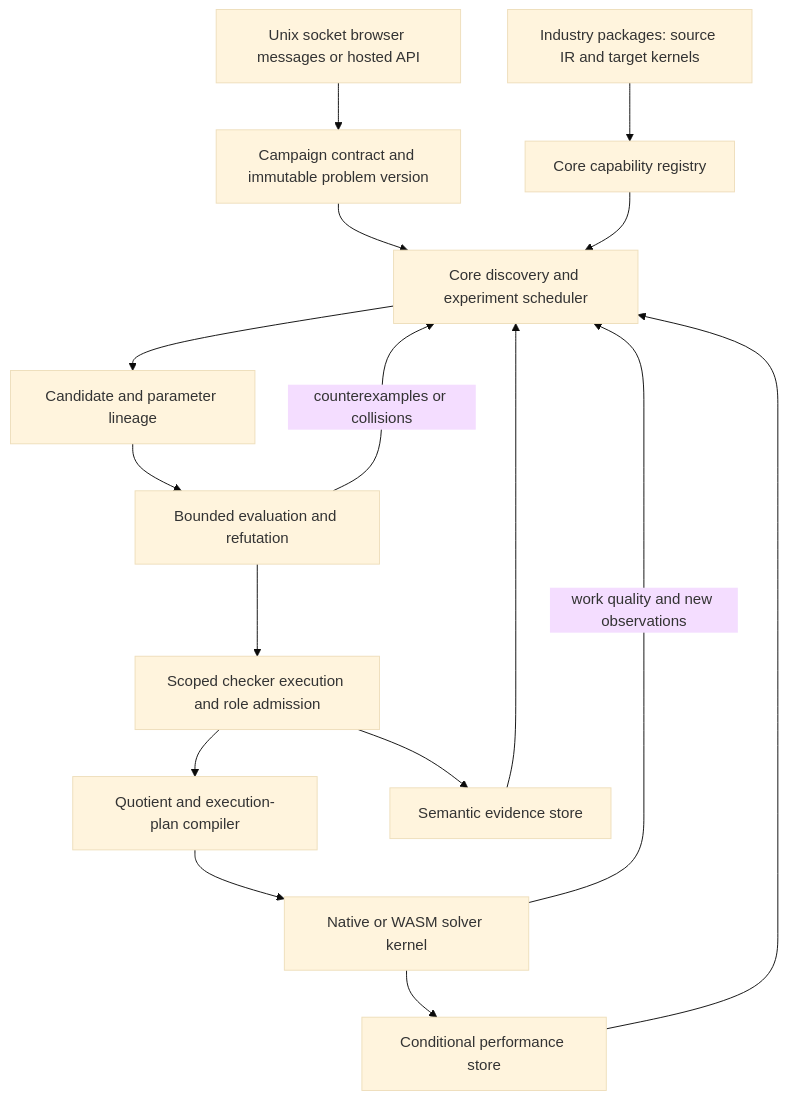
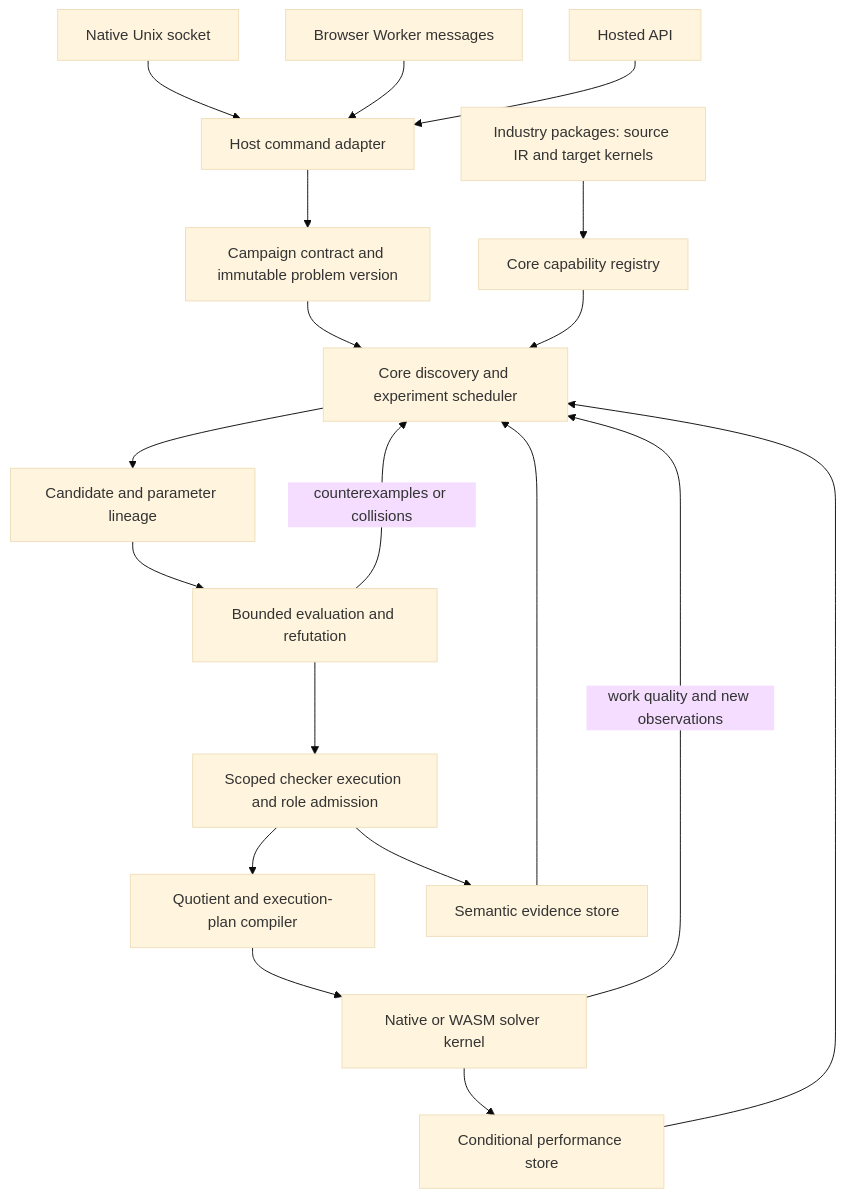
One commit to tavisrudd/othello changed the diagram in notes/2026-09-06-c1079-ergodis-evolve-review.md. Above: the diagram before and after it, drawn with Mermaid (base theme). The commit also changed other lines of this file and 5 other files, not shown here.

Commit message:
Complete C1079 Ergodis consolidation architecture and delivery review

````diff
--- a/notes/2026-09-06-c1079-ergodis-evolve-review.md
+++ b/notes/2026-09-06-c1079-ergodis-evolve-review.md
@@ -114,18 +118,21 @@
 ```mermaid
 flowchart TD
   P[Industry packages: source IR and target kernels] --> R[Core capability registry]
   C[Campaign contract and immutable problem version] --> D[Core discovery and experiment scheduler]
   R --> D
   D --> F[Candidate and parameter lineage]
   F --> E[Bounded evaluation and refutation]
   E -->|counterexamples or collisions| D
   E --> A[Scoped checker execution and role admission]
   A --> Q[Quotient and execution-plan compiler]
   Q --> S[Native or WASM solver kernel]
   S -->|work quality and new observations| D
   A --> L[Semantic evidence store]
   S --> M[Conditional performance store]
   L --> D
   M --> D
-  U[Unix socket browser messages or hosted API] --> C
+  U[Native Unix socket] --> H[Host command adapter]
+  B[Browser Worker messages] --> H
+  A2[Hosted API] --> H
+  H --> C
 ```
````
